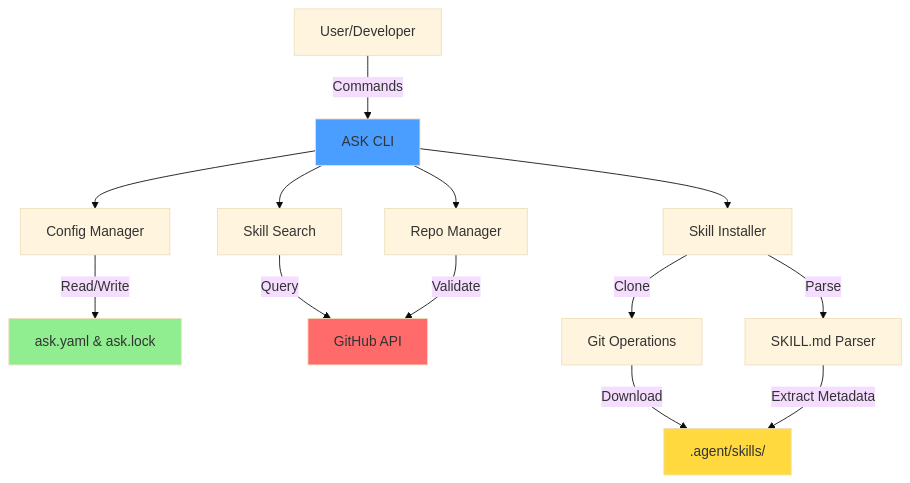
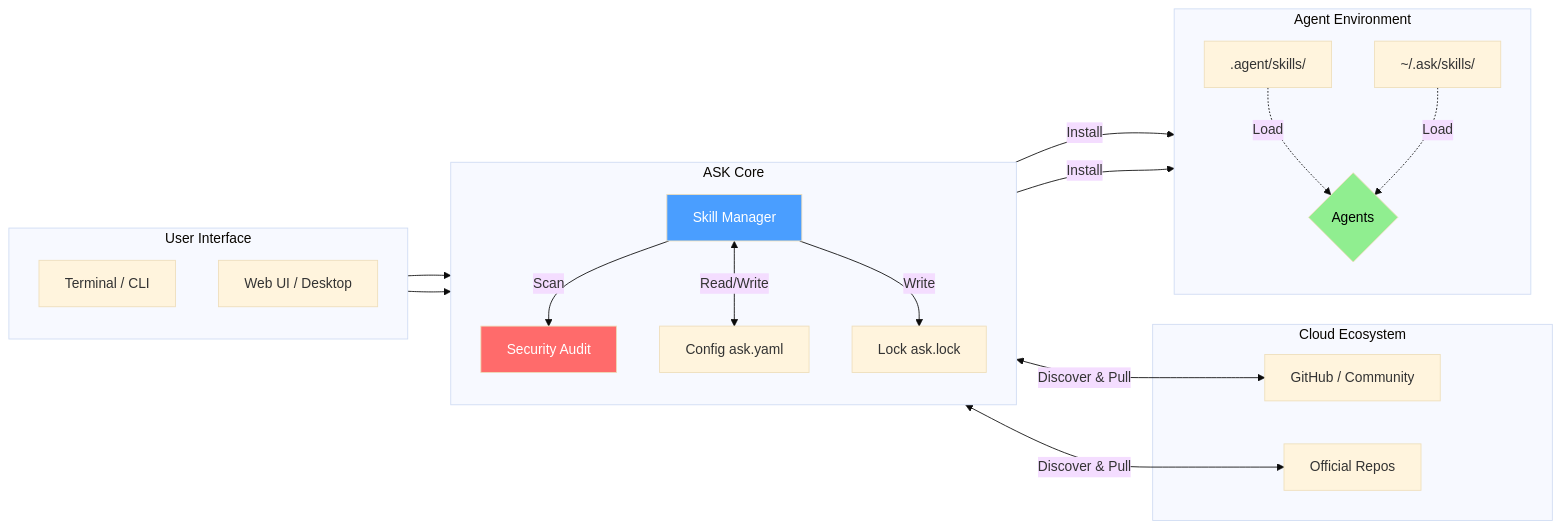
The first of 12 diagrams in docs/architecture.md (rzyns/ask), drawn with Mermaid (base theme) before and after one commit. The commit also changed other lines of this file and 4 other files, not shown here.

````diff
--- a/docs/architecture.md
+++ b/docs/architecture.md
@@ -9,22 +9,48 @@
 ```mermaid
-graph TB
-    User[User/Developer] -->|Commands| CLI[ASK CLI]
-    CLI --> Config[Config Manager]
-    CLI --> Search[Skill Search]
-    CLI --> Install[Skill Installer]
-    CLI --> Repo[Repo Manager]
+graph LR
+    subgraph "User Interface"
+        direction TB
+        CLI[Terminal / CLI]
+        GUI[Web UI / Desktop]
+    end
+
+    subgraph "ASK Core"
+        direction TB
+        Mgr[Skill Manager]
+        Sec[Security Audit]
+        Config[Config ask.yaml]
+        Lock[Lock ask.lock]
+    end
+
+    subgraph "Cloud Ecosystem"
+        GitHub[GitHub / Community]
+        Official[Official Repos]
+    end
+
+    subgraph "Agent Environment"
+        direction TB
+        Project[.agent/skills/]
+        Global[~/.ask/skills/]
+        Agents{Agents}
+    end
+
+    CLI --> Mgr
+    GUI --> Mgr
     
-    Config -->|Read/Write| Files[ask.yaml & ask.lock]
-    Search -->|Query| GitHub[GitHub API]
-    Install -->|Clone| Git[Git Operations]
-    Install -->|Parse| Parser[SKILL.md Parser]
-    Repo -->|Validate| GitHub
+    Mgr <-->|Discover & Pull| GitHub
+    Mgr <-->|Discover & Pull| Official
     
-    Git -->|Download| SkillDir[.agent/skills/]
-    Parser -->|Extract Metadata| SkillDir
+    Mgr -->|Scan| Sec
+    Mgr <-->|Read/Write| Config
+    Mgr -->|Write| Lock
     
-    style CLI fill:#4a9eff
-    style Files fill:#90ee90
-    style GitHub fill:#ff6b6b
-    style SkillDir fill:#ffd93d
+    Mgr -->|Install| Project
+    Mgr -->|Install| Global
+    
+    Project -.->|Load| Agents
+    Global -.->|Load| Agents
+
+    style Mgr fill:#4a9eff,color:white
+    style Sec fill:#ff6b6b,color:white
+    style Agents fill:#90ee90,color:black
 ```
````
